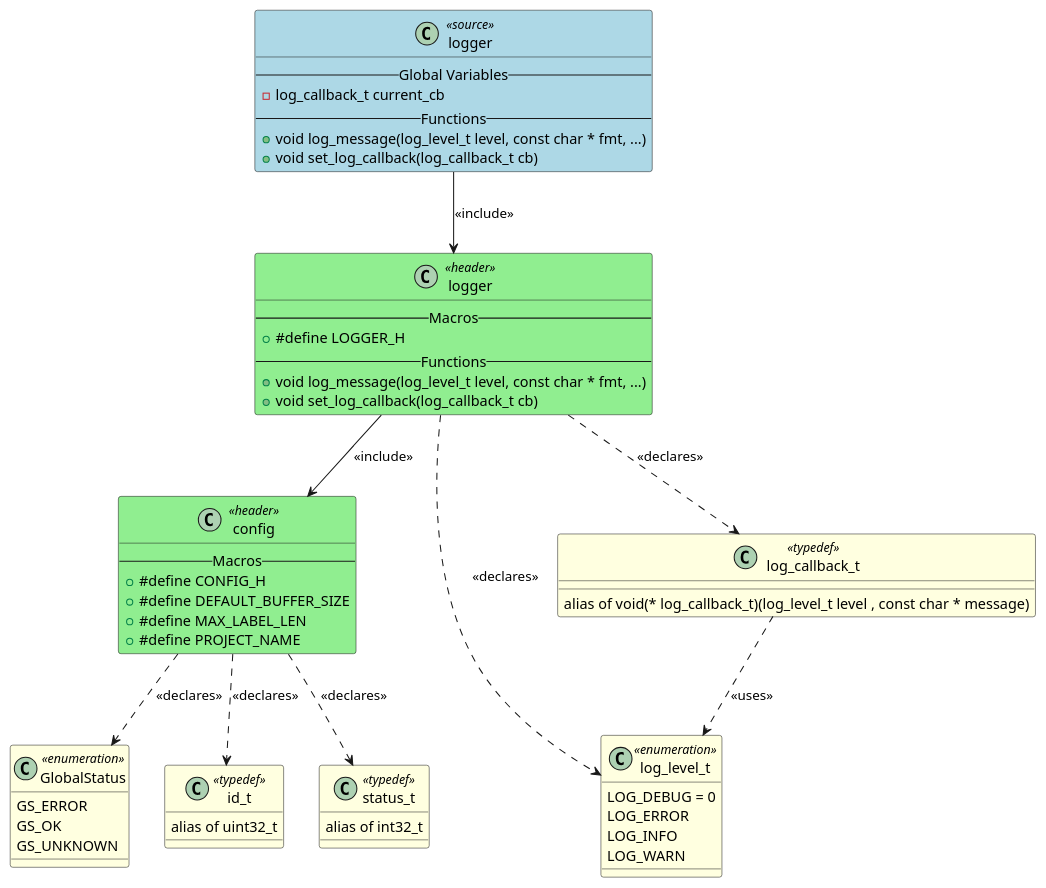
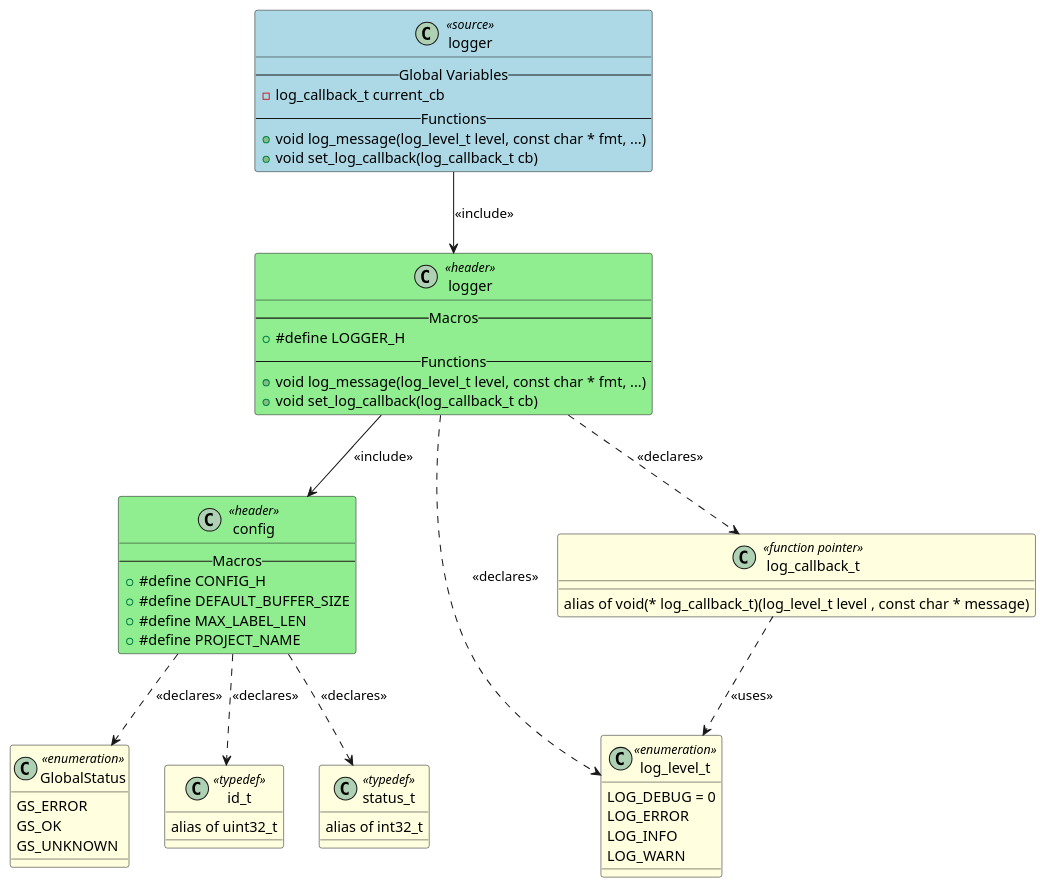
The diagram in artifacts/output_example/logger.puml (fischerjooo/c2puml), drawn with PlantUML before and after one commit. The commit also changed 27 other files, not shown here.

Commit message:
Update function pointer typedefs to use <<function pointer>> stereotype

```diff
--- a/artifacts/output_example/logger.puml
+++ b/artifacts/output_example/logger.puml
@@ -1,75 +1,75 @@
 @startuml logger
 
 class "logger" as LOGGER <<source>> #LightBlue
 {
     -- Global Variables --
     - log_callback_t current_cb
     -- Functions --
     + void log_message(log_level_t level, const char * fmt, ...)
     + void set_log_callback(log_callback_t cb)
 }
 
 class "config" as HEADER_CONFIG <<header>> #LightGreen
 {
     -- Macros --
     + #define CONFIG_H
     + #define DEFAULT_BUFFER_SIZE
     + #define MAX_LABEL_LEN
     + #define PROJECT_NAME
 }
 
 class "logger" as HEADER_LOGGER <<header>> #LightGreen
 {
     -- Macros --
     + #define LOGGER_H
     -- Functions --
     + void log_message(log_level_t level, const char * fmt, ...)
     + void set_log_callback(log_callback_t cb)
 }
 
 class "GlobalStatus" as TYPEDEF_GLOBALSTATUS <<enumeration>> #LightYellow
 {
     GS_ERROR
     GS_OK
     GS_UNKNOWN
 }
 
 class "id_t" as TYPEDEF_ID_T <<typedef>> #LightYellow
 {
     alias of uint32_t
 }
 
 class "status_t" as TYPEDEF_STATUS_T <<typedef>> #LightYellow
 {
     alias of int32_t
 }
 
 class "log_level_t" as TYPEDEF_LOG_LEVEL_T <<enumeration>> #LightYellow
 {
     LOG_DEBUG = 0
     LOG_ERROR
     LOG_INFO
     LOG_WARN
 }
 
-class "log_callback_t" as TYPEDEF_LOG_CALLBACK_T <<typedef>> #LightYellow
+class "log_callback_t" as TYPEDEF_LOG_CALLBACK_T <<function pointer>> #LightYellow
 {
     alias of void(* log_callback_t)(log_level_t level , const char * message)
 }
 
 
 ' Include relationships
 LOGGER --> HEADER_LOGGER : <<include>>
 HEADER_LOGGER --> HEADER_CONFIG : <<include>>
 
 ' Declaration relationships
 HEADER_CONFIG ..> TYPEDEF_GLOBALSTATUS : <<declares>>
 HEADER_CONFIG ..> TYPEDEF_ID_T : <<declares>>
 HEADER_CONFIG ..> TYPEDEF_STATUS_T : <<declares>>
 HEADER_LOGGER ..> TYPEDEF_LOG_LEVEL_T : <<declares>>
 HEADER_LOGGER ..> TYPEDEF_LOG_CALLBACK_T : <<declares>>
 
 ' Uses relationships
 TYPEDEF_LOG_CALLBACK_T ..> TYPEDEF_LOG_LEVEL_T : <<uses>>
 
 @enduml
```
